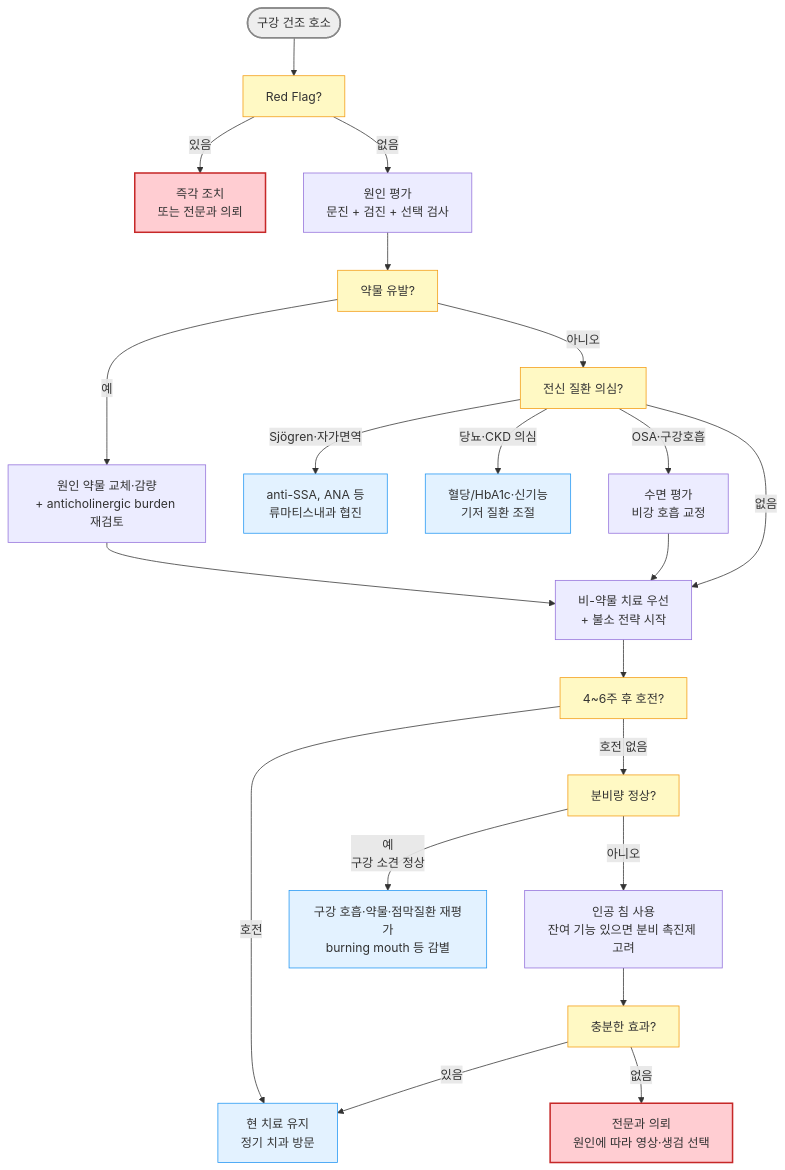
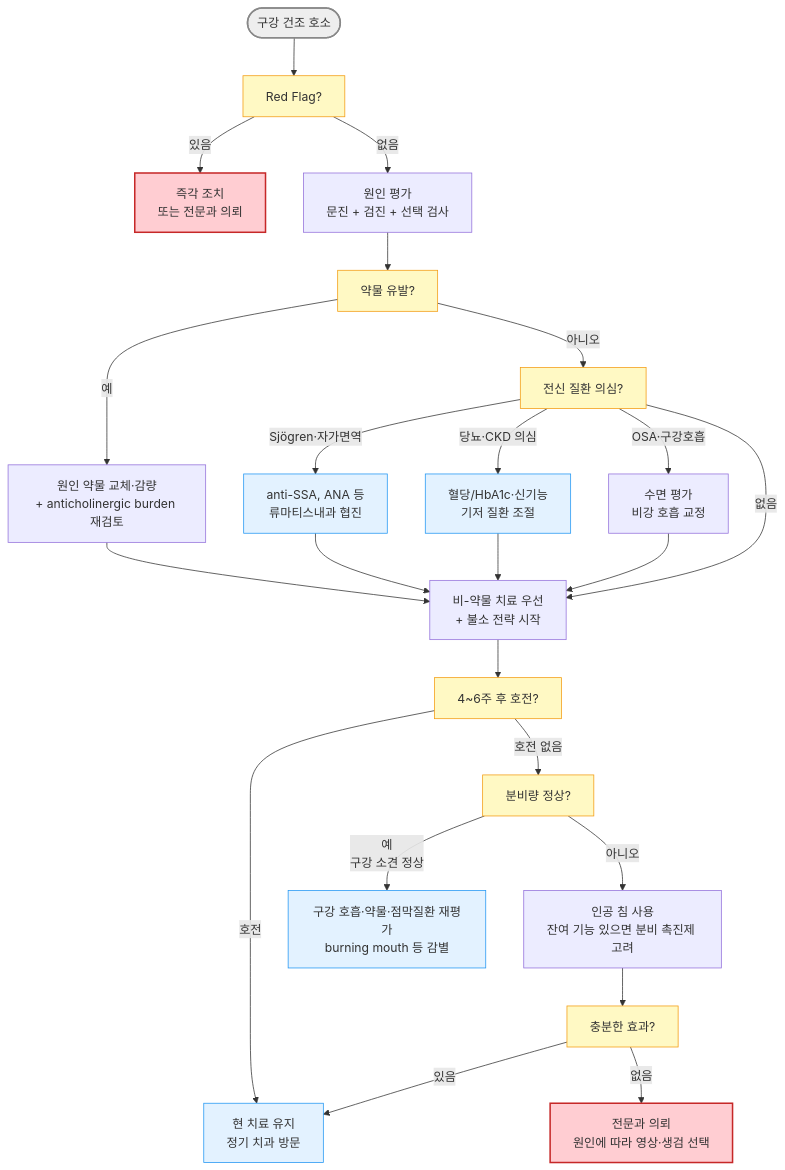
The diagram in 222_/056_-dry-mouth-xerostomia.md (familyoh77/familyoh77), drawn with Mermaid before and after one commit. The commit also changed other lines of this file and 3 other files, not shown here.

````diff
--- a/222_/056_-dry-mouth-xerostomia.md
+++ b/222_/056_-dry-mouth-xerostomia.md
@@ -152,31 +152,33 @@
 ```mermaid
 graph TD
     A([구강 건조 호소]) --> B[Red Flag?]
     B -- 있음 --> C[즉각 조치<br/>또는 전문과 의뢰]
     B -- 없음 --> D[원인 평가<br/>문진 + 검진 + 선택 검사]
     D --> E[약물 유발?]
     E -- 예 --> F[원인 약물 교체·감량<br/>+ anticholinergic burden 재검토]
     E -- 아니오 --> G[전신 질환 의심?]
     G -- Sjögren·자가면역 --> H[anti-SSA, ANA 등<br/>류마티스내과 협진]
     G -- 당뇨·CKD 의심 --> I[혈당/HbA1c·신기능<br/>기저 질환 조절]
     G -- OSA·구강호흡 --> P[수면 평가<br/>비강 호흡 교정]
     G -- 없음 --> J[비-약물 치료 우선<br/>+ 불소 전략 시작]
     F --> J
+    H --> J
+    I --> J
     P --> J
     J --> K[4~6주 후 호전?]
     K -- 호전 --> M[현 치료 유지<br/>정기 치과 방문]
     K -- 호전 없음 --> Q[분비량 정상?]
     Q -- 예<br/>구강 소견 정상 --> R[구강 호흡·약물·점막질환 재평가<br/>burning mouth 등 감별]
     Q -- 아니오 --> L[인공 침 사용<br/>잔여 기능 있으면 분비 촉진제 고려]
     L --> N[충분한 효과?]
     N -- 있음 --> M
     N -- 없음 --> O[전문과 의뢰<br/>원인에 따라 영상·생검 선택]
 
     style A fill:#eeeeee,stroke:#888888,stroke-width:2px
     classDef yellow fill:#fff9c4,stroke:#f39c12
     class B,E,G,K,Q,N yellow
     classDef sky fill:#e3f2ff,stroke:#2196f3
     class H,I,R,M sky
     style C fill:#ffcdd2,stroke:#c62828,stroke-width:2px
     style O fill:#ffcdd2,stroke:#c62828,stroke-width:2px
 ```
````
